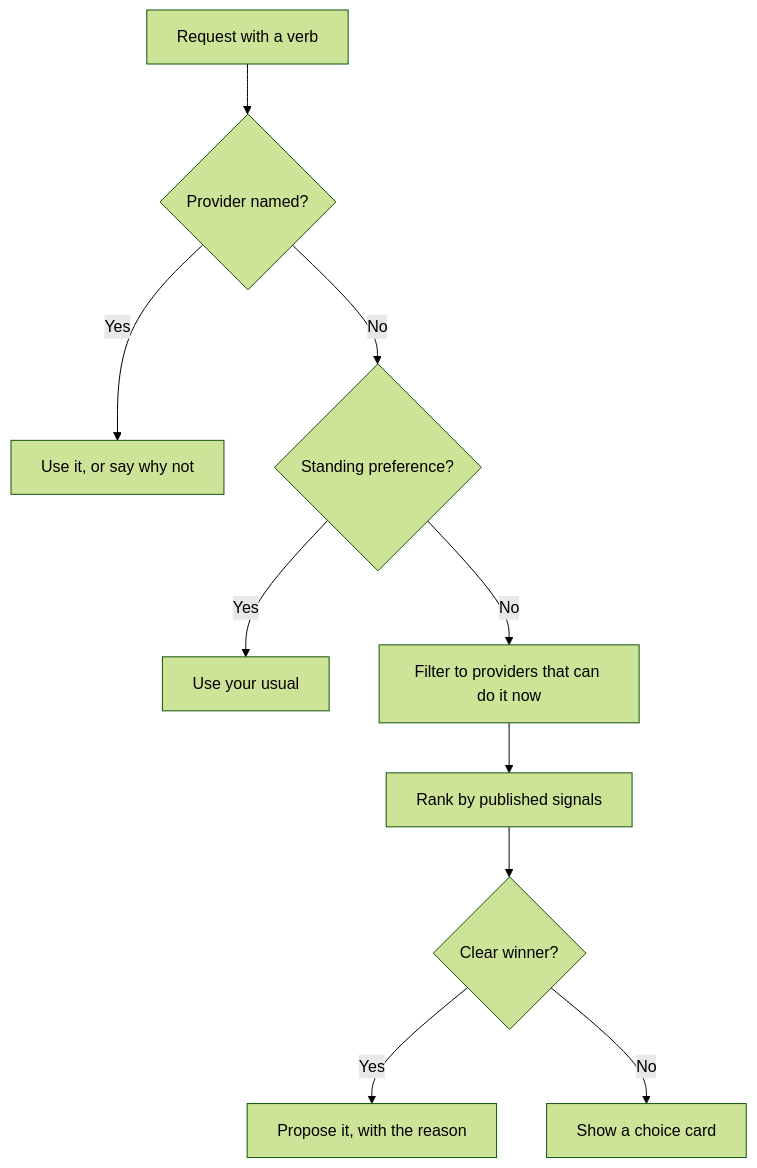
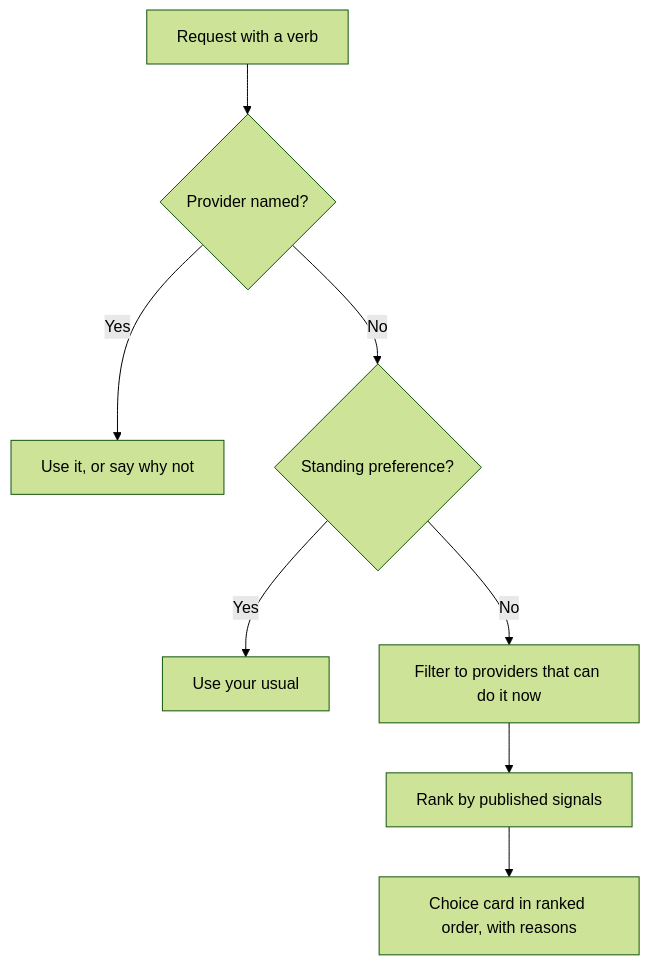
One commit to ehzawad/ideation-of-ios-app changed the first of 3 diagrams in agentic-os/chapters/12-developers.md. Above: the diagram before and after it, drawn with Mermaid (forest theme). The commit also changed other lines of this file, not shown here.

````diff
--- a/agentic-os/chapters/12-developers.md
+++ b/agentic-os/chapters/12-developers.md
@@ -70,12 +47,10 @@
 ```mermaid
 flowchart TD
   A["Request with a verb"] --> B{"Provider named?"}
   B -- Yes --> N["Use it, or say why not"]
   B -- No --> C{"Standing preference?"}
   C -- Yes --> U["Use your usual"]
   C -- No --> F["Filter to providers that can do it now"]
   F --> R["Rank by published signals"]
-  R --> T{"Clear winner?"}
-  T -- Yes --> W["Propose it, with the reason"]
-  T -- No --> K["Show a choice card"]
+  R --> K["Choice card in ranked order, with reasons"]
 ```
````
